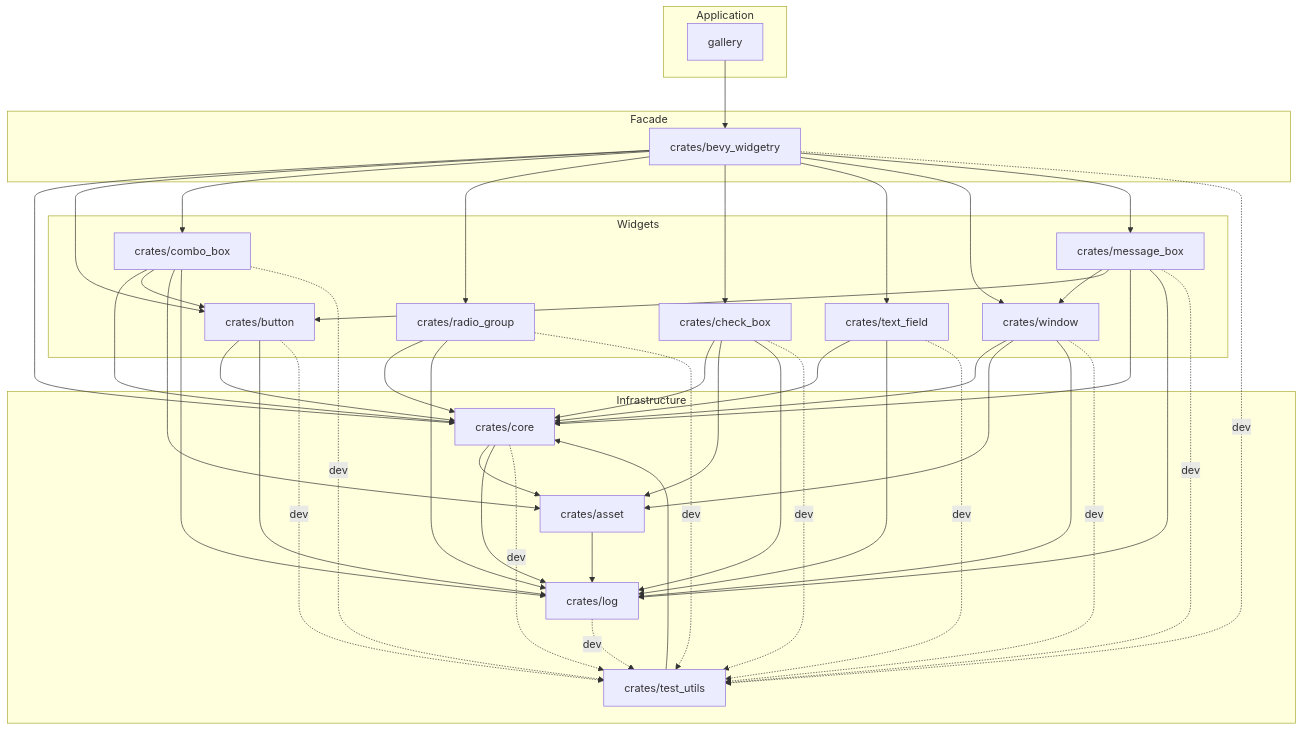
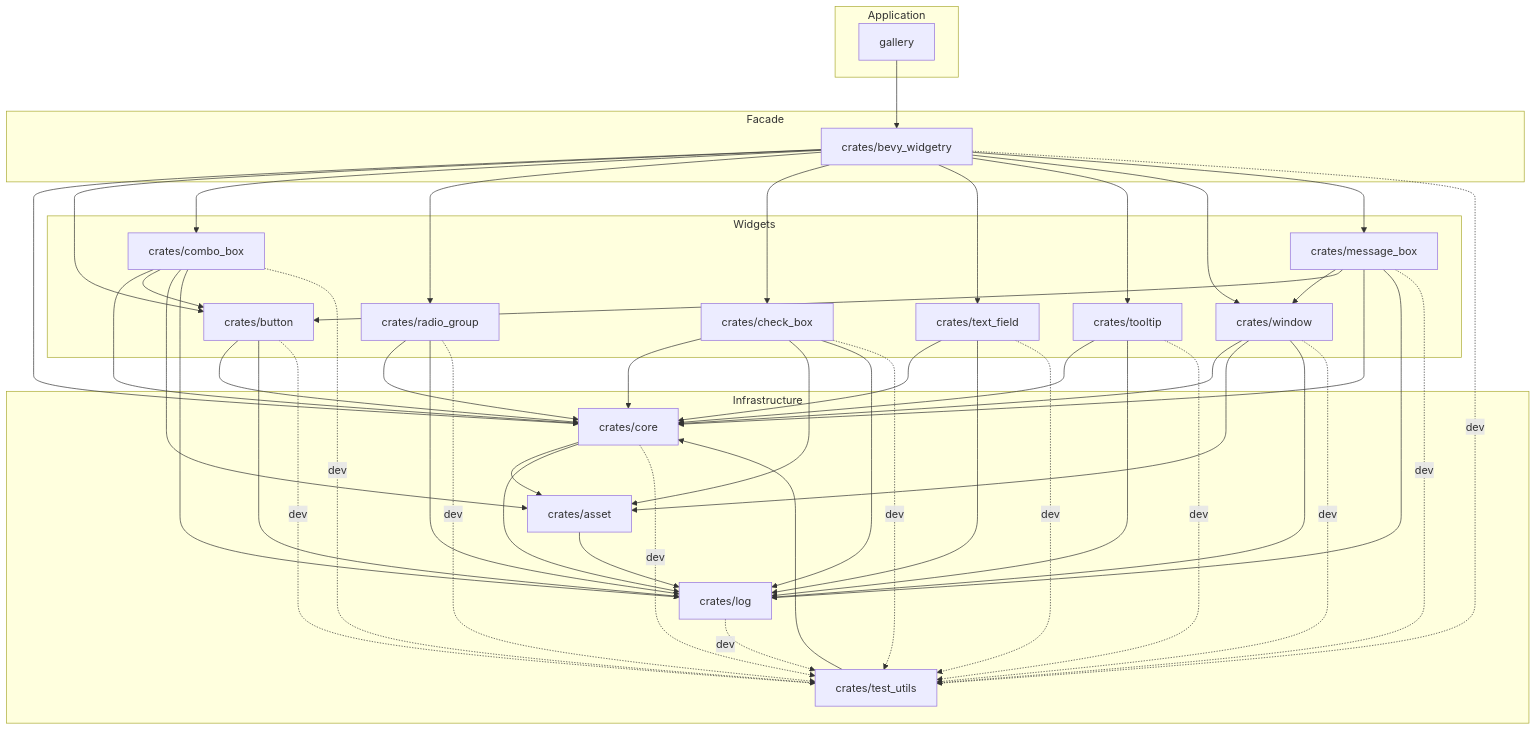
Before and after one commit to slc90/bevy_widgetry: the diagram in docs/architecture.md, drawn with Mermaid. The commit also changed other lines of this file and 20 other files, not shown here.

First line of the commit message:
实现 Widgetry Tooltip 与统一 Popup 层级

````diff
--- a/docs/architecture.md
+++ b/docs/architecture.md
@@ -132,76 +141,81 @@
 ```mermaid
 flowchart TD
     subgraph Application
         gallery["gallery"]
     end
 
     subgraph Facade
         widgetry["crates/bevy_widgetry"]
     end
 
     subgraph Widgets
         button["crates/button"]
         combo_box["crates/combo_box"]
         radio_group["crates/radio_group"]
         check_box["crates/check_box"]
         text_field["crates/text_field"]
+        tooltip["crates/tooltip"]
         window["crates/window"]
         message_box["crates/message_box"]
     end
 
     subgraph Infrastructure
         log["crates/log"]
         asset["crates/asset"]
         core["crates/core"]
         test_utils["crates/test_utils"]
     end
 
     gallery --> widgetry
 
     widgetry --> core
     widgetry --> button
     widgetry --> combo_box
     widgetry --> radio_group
     widgetry --> check_box
     widgetry --> text_field
+    widgetry --> tooltip
     widgetry --> window
     widgetry --> message_box
 
     message_box --> window
     message_box --> button
     message_box --> core
     message_box --> log
 
     button --> core
     combo_box --> core
     combo_box --> button
     combo_box --> asset
     radio_group --> core
     radio_group --> log
     check_box --> core
     check_box --> asset
     check_box --> log
     text_field --> core
+    tooltip --> core
+    tooltip --> log
     window --> core
     window --> asset
     core --> asset
     asset --> log
     core --> log
     button --> log
     combo_box --> log
     text_field --> log
     window --> log
 
     test_utils --> core
 
     widgetry -. dev .-> test_utils
     log -. dev .-> test_utils
     core -. dev .-> test_utils
     button -. dev .-> test_utils
     combo_box -. dev .-> test_utils
     radio_group -. dev .-> test_utils
     check_box -. dev .-> test_utils
     text_field -. dev .-> test_utils
+    tooltip -. dev .-> test_utils
     window -. dev .-> test_utils
     message_box -. dev .-> test_utils
 ```
````
